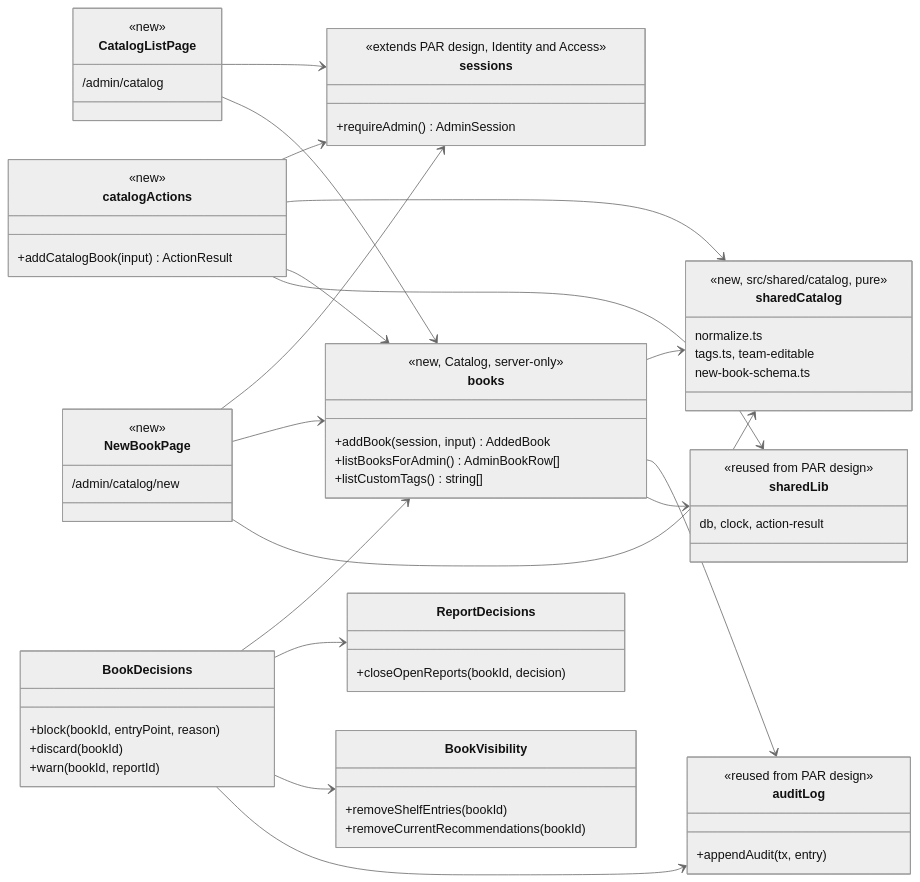
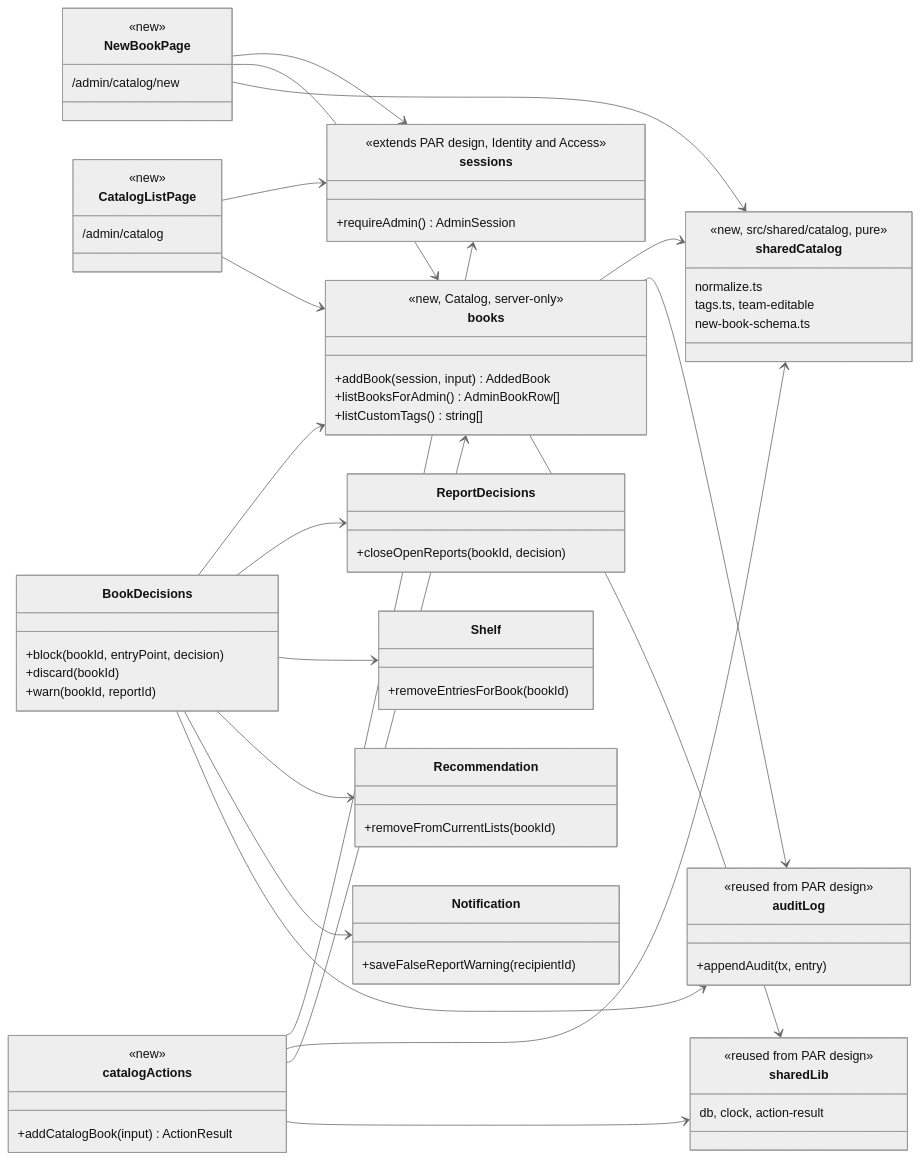
The first of 4 diagrams in design/adm.md (videogames21/book_buddies), drawn with Mermaid (neutral theme) before and after one commit. The commit also changed other lines of this file and 3 other files, not shown here.

````diff
--- a/design/adm.md
+++ b/design/adm.md
@@ -24,68 +24,75 @@
 ```mermaid
 classDiagram
     direction LR
     class CatalogListPage {
         <<new>>
         /admin/catalog
     }
     class NewBookPage {
         <<new>>
         /admin/catalog/new
     }
     class catalogActions {
         <<new>>
         +addCatalogBook(input) ActionResult
     }
     class sharedCatalog {
         <<new, src/shared/catalog, pure>>
         normalize.ts
         tags.ts, team-editable
         new-book-schema.ts
     }
     class books {
         <<new, Catalog, server-only>>
         +addBook(session, input) AddedBook
         +listBooksForAdmin() AdminBookRow[]
         +listCustomTags() string[]
     }
     class sessions {
         <<extends PAR design, Identity and Access>>
         +requireAdmin() AdminSession
     }
     class auditLog {
         <<reused from PAR design>>
         +appendAudit(tx, entry)
     }
     class sharedLib {
         <<reused from PAR design>>
         db, clock, action-result
     }
     CatalogListPage --> sessions
     CatalogListPage --> books
     NewBookPage --> sessions
     NewBookPage --> books
     class BookDecisions {
-        +block(bookId, entryPoint, reason)
+        +block(bookId, entryPoint, decision)
         +discard(bookId)
         +warn(bookId, reportId)
     }
     class ReportDecisions {
         +closeOpenReports(bookId, decision)
     }
-    class BookVisibility {
-        +removeShelfEntries(bookId)
-        +removeCurrentRecommendations(bookId)
+    class Shelf {
+        +removeEntriesForBook(bookId)
+    }
+    class Recommendation {
+        +removeFromCurrentLists(bookId)
+    }
+    class Notification {
+        +saveFalseReportWarning(recipientId)
     }
     BookDecisions --> books
     BookDecisions --> ReportDecisions
-    BookDecisions --> BookVisibility
+    BookDecisions --> Shelf
+    BookDecisions --> Recommendation
+    BookDecisions --> Notification
     BookDecisions --> auditLog
     NewBookPage --> sharedCatalog
     catalogActions --> sessions
     catalogActions --> sharedCatalog
     catalogActions --> books
     catalogActions --> sharedLib
     books --> sharedCatalog
     books --> auditLog
     books --> sharedLib
 ```
````
